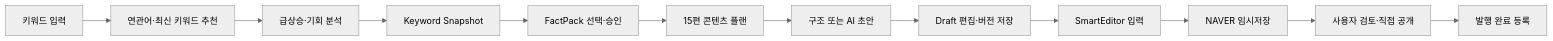
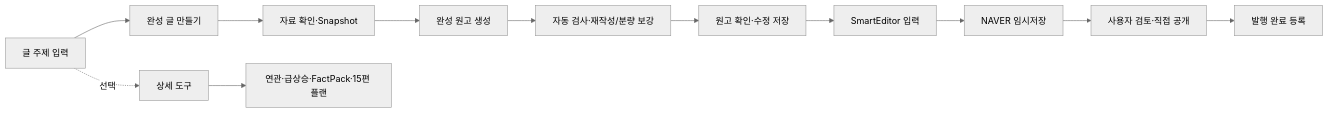
One commit to coreline-ai/naver-contents-os changed the first of 2 diagrams in README.md. Above: the diagram before and after it, drawn with Mermaid (neutral theme). The commit also changed other lines of this file and 148 other files, not shown here.

````diff
--- a/README.md
+++ b/README.md
@@ -210,14 +257,14 @@
 ```mermaid
 flowchart LR
-    A[키워드 입력] --> B[연관어·최신 키워드 추천]
-    B --> C[급상승·기회 분석]
-    C --> D[Keyword Snapshot]
-    D --> E[FactPack 선택·승인]
-    E --> F[15편 콘텐츠 플랜]
-    F --> G[구조 또는 AI 초안]
-    G --> H[Draft 편집·버전 저장]
+    A[글 주제 입력] --> B[완성 글 만들기]
+    B --> C[자료 확인·Snapshot]
+    C --> D[완성 원고 생성]
+    D --> E[자동 검사·재작성/분량 보강]
+    E --> H[원고 확인·수정 저장]
     H --> I[SmartEditor 입력]
     I --> J[NAVER 임시저장]
     J --> K[사용자 검토·직접 공개]
     K --> L[발행 완료 등록]
+    A -. 선택 .-> M[상세 도구]
+    M --> N[연관·급상승·FactPack·15편 플랜]
 ```
````
